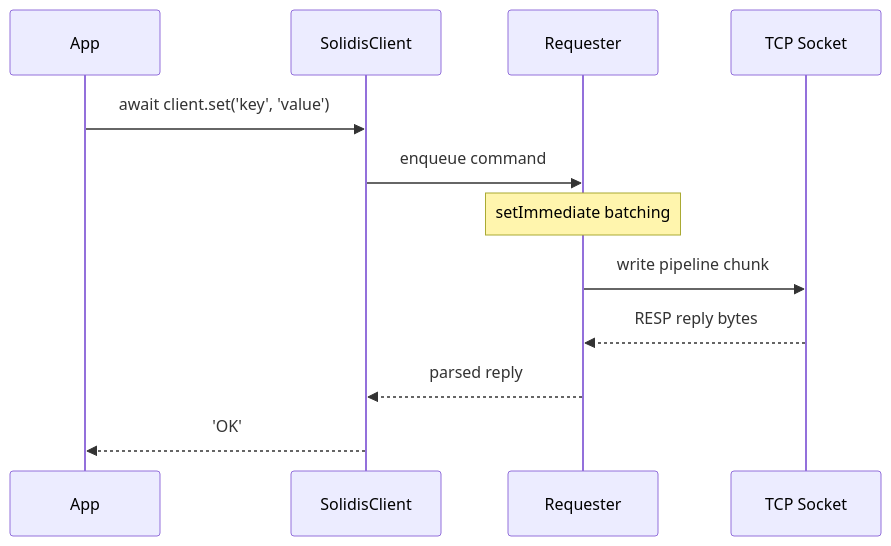
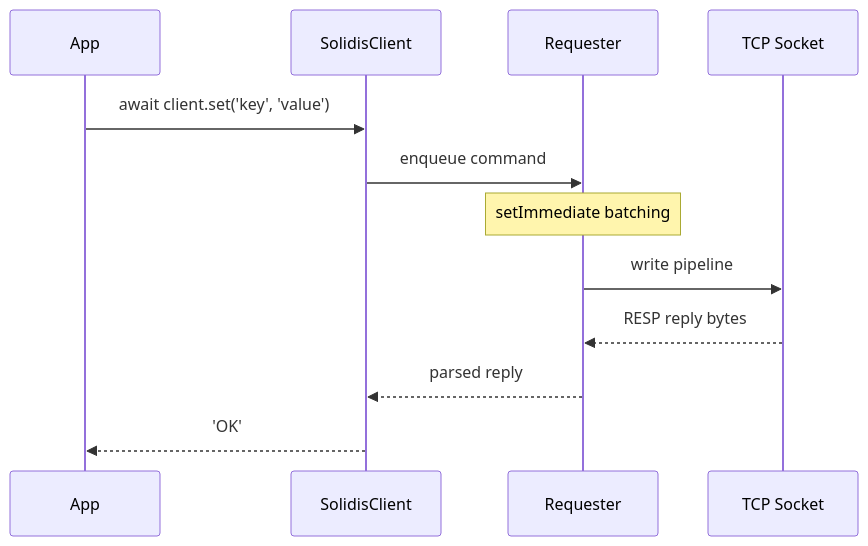
Before and after one commit to vcms-io/solidis: the second of 2 diagrams in README.ko.md, drawn with Mermaid. The commit also changed other lines of this file and 427 other files, not shown here.

````diff
--- a/README.ko.md
+++ b/README.ko.md
@@ -406,15 +611,15 @@
 ```mermaid
 sequenceDiagram
   participant App
   participant Client as SolidisClient
   participant Req as Requester
   participant Socket as TCP Socket
 
   App->>Client: await client.set('key', 'value')
   Client->>Req: enqueue command
   Note over Req: setImmediate batching
-  Req->>Socket: write pipeline chunk
+  Req->>Socket: write pipeline
   Socket-->>Req: RESP reply bytes
   Req-->>Client: parsed reply
   Client-->>App: 'OK'
 ```
````
